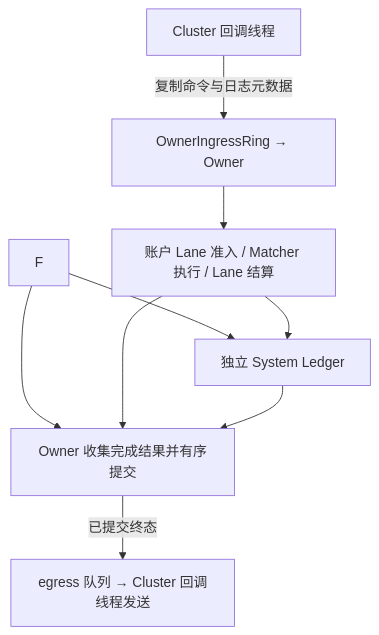
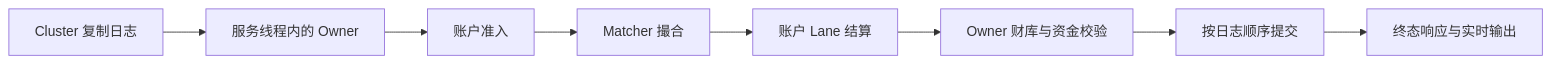
Before and after one commit to lilaizhencn/surprising-ex: the diagram in surprising-aeron-core/README.md, drawn with Mermaid. The commit also changed other lines of this file and 138 other files, not shown here.

````diff
--- a/surprising-aeron-core/README.md
+++ b/surprising-aeron-core/README.md
@@ -182,11 +55,10 @@
 ```mermaid
-flowchart TB
-    S[Cluster 回调线程] -->|复制命令与日志元数据| O[OwnerIngressRing → Owner]
-    O --> P[账户 Lane 准入 / Matcher 执行 / Lane 结算]
-    F --> L[独立 System Ledger]
-    P --> L
-    F --> C[Owner 收集完成结果并有序提交]
-    P --> C
-    L --> C
-    C -->|已提交终态| E[egress 队列 → Cluster 回调线程发送]
+flowchart LR
+    C[Cluster 复制日志] --> O[服务线程内的 Owner]
+    O --> A[账户准入]
+    A --> M[Matcher 撮合]
+    M --> L[账户 Lane 结算]
+    L --> T[Owner 财库与资金校验]
+    T --> P[按日志顺序提交]
+    P --> R[终态响应与实时输出]
 ```
````
